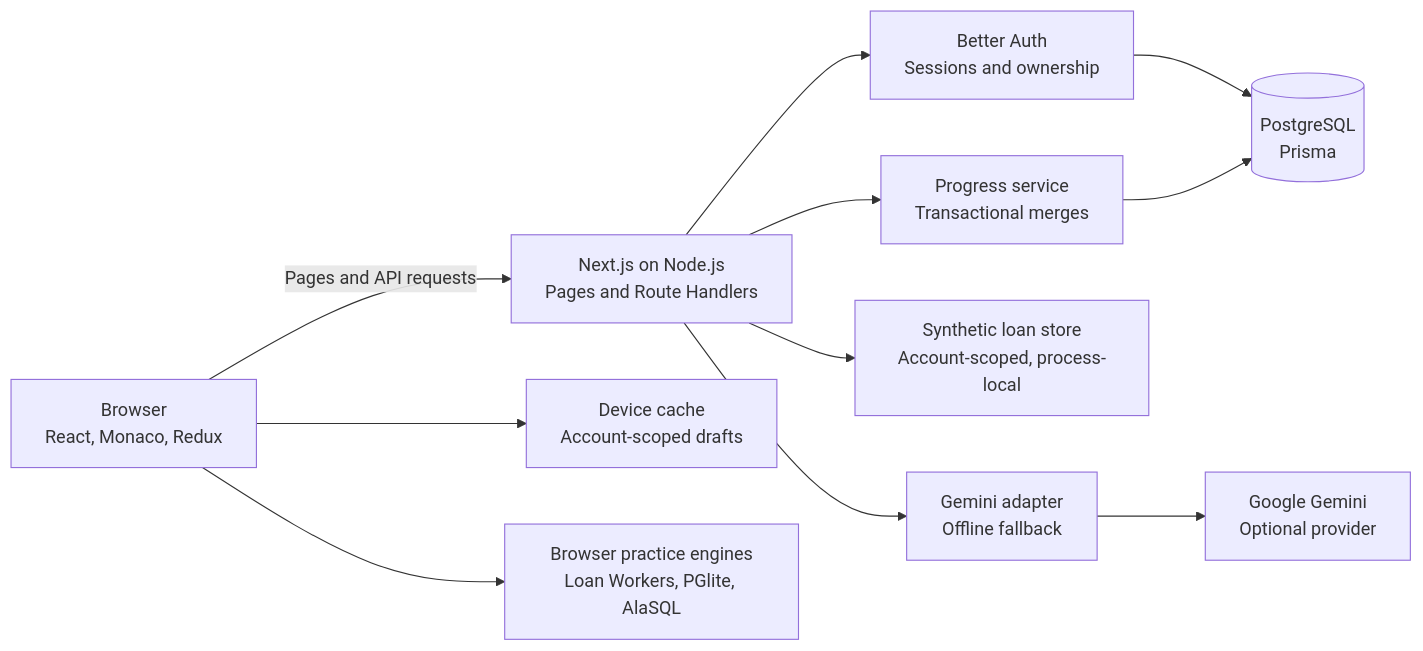
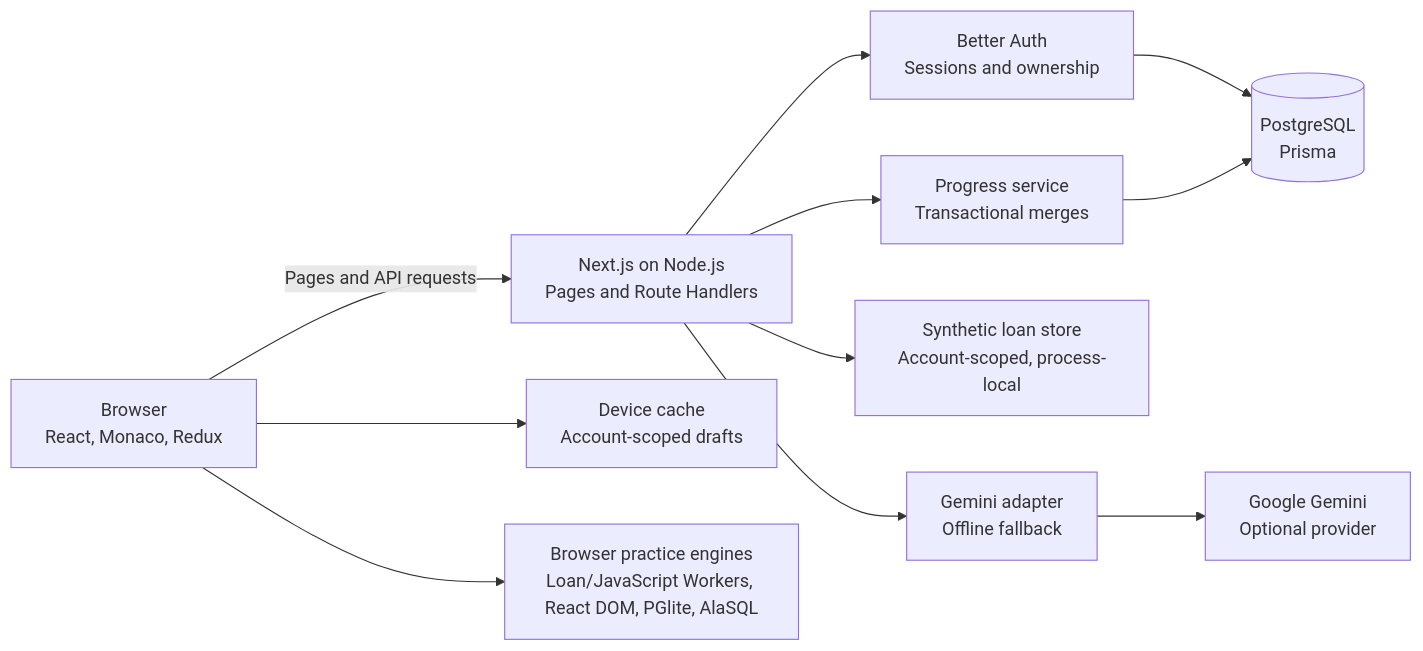
One commit to Mr-Elegant/Road-To-Senior-dev-Simulator changed the first of 5 diagrams in README.md. Above: the diagram before and after it, drawn with Mermaid. The commit also changed other lines of this file and 2212 other files, not shown here.

````diff
--- a/README.md
+++ b/README.md
@@ -127,23 +129,23 @@
 ```mermaid
 flowchart LR
     UI["Browser<br/>React, Monaco, Redux"]
     APP["Next.js on Node.js<br/>Pages and Route Handlers"]
     CACHE["Device cache<br/>Account-scoped drafts"]
-    EXEC["Browser practice engines<br/>Loan Workers, PGlite, AlaSQL"]
+    EXEC["Browser practice engines<br/>Loan/JavaScript Workers, React DOM, PGlite, AlaSQL"]
     AUTH["Better Auth<br/>Sessions and ownership"]
     PROGRESS["Progress service<br/>Transactional merges"]
     MOCK["Synthetic loan store<br/>Account-scoped, process-local"]
     AI["Gemini adapter<br/>Offline fallback"]
     DB[("PostgreSQL<br/>Prisma")]
     PROVIDER["Google Gemini<br/>Optional provider"]
     UI -->|Pages and API requests| APP
     UI --> CACHE
     UI --> EXEC
     APP --> AUTH
     APP --> PROGRESS
     APP --> MOCK
     APP --> AI
     AUTH --> DB
     PROGRESS --> DB
     AI --> PROVIDER
 ```
````
